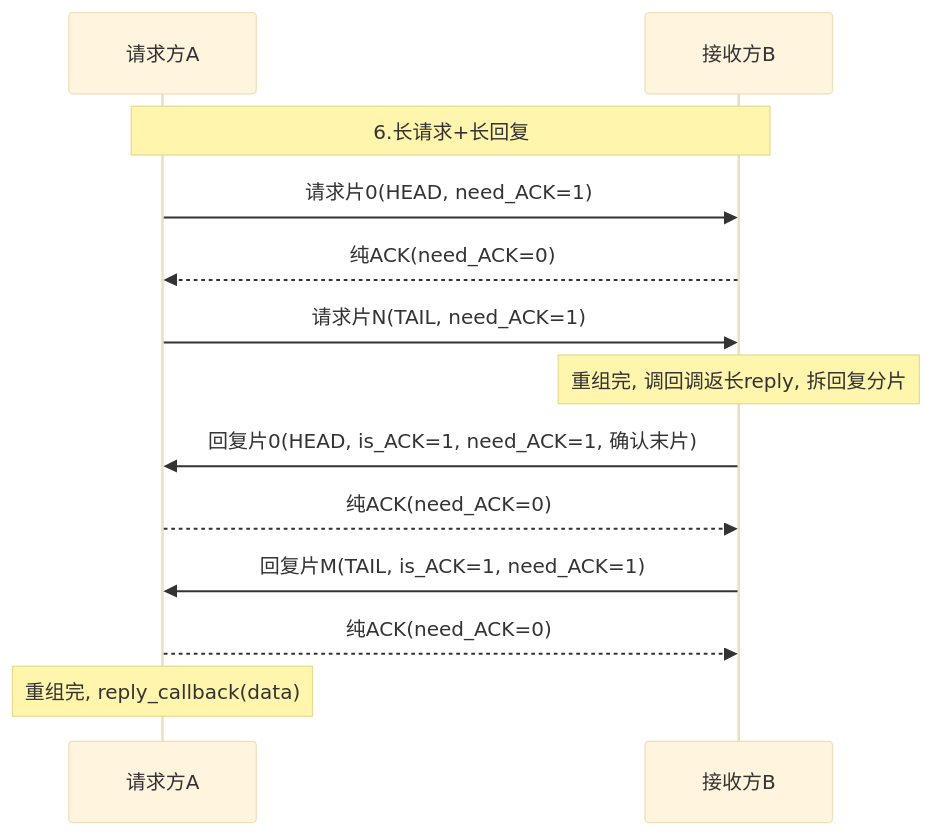
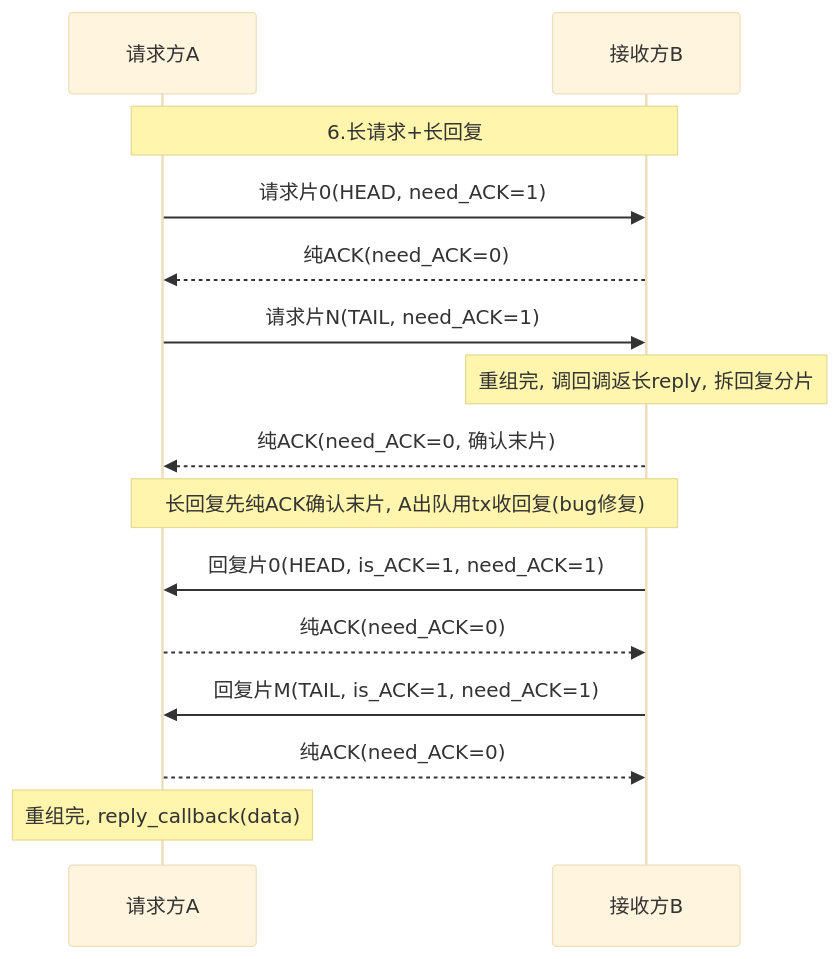
One commit to Siaiai/ObsidianNote changed the sixth of 13 diagrams in 工作/项目/代码/260401S3分拣面板-SIA-R9000P.md. Above: the diagram before and after it, drawn with Mermaid (base theme). The commit also changed other lines of this file, not shown here.

Commit message:
[自动]笔记同步:2026-07-14 19:42:24 涉及文件个数:1
Affected files:
工作/项目/代码/260401S3分拣面板-SIA-R9000P.md

````diff
--- a/工作/项目/代码/260401S3分拣面板-SIA-R9000P.md
+++ b/工作/项目/代码/260401S3分拣面板-SIA-R9000P.md
@@ -139,15 +141,17 @@
 ```mermaid
 sequenceDiagram
     participant A as 请求方A
     participant B as 接收方B
     Note over A,B: 6.长请求+长回复
     A->>B: 请求片0(HEAD, need_ACK=1)
     B-->>A: 纯ACK(need_ACK=0)
     A->>B: 请求片N(TAIL, need_ACK=1)
     Note over B: 重组完, 调回调返长reply, 拆回复分片
-    B->>A: 回复片0(HEAD, is_ACK=1, need_ACK=1, 确认末片)
+    B-->>A: 纯ACK(need_ACK=0, 确认末片)
+    Note over A,B: 长回复先纯ACK确认末片, A出队用tx收回复(bug修复)
+    B->>A: 回复片0(HEAD, is_ACK=1, need_ACK=1)
     A-->>B: 纯ACK(need_ACK=0)
     B->>A: 回复片M(TAIL, is_ACK=1, need_ACK=1)
     A-->>B: 纯ACK(need_ACK=0)
     Note over A: 重组完, reply_callback(data)
 ```
````
